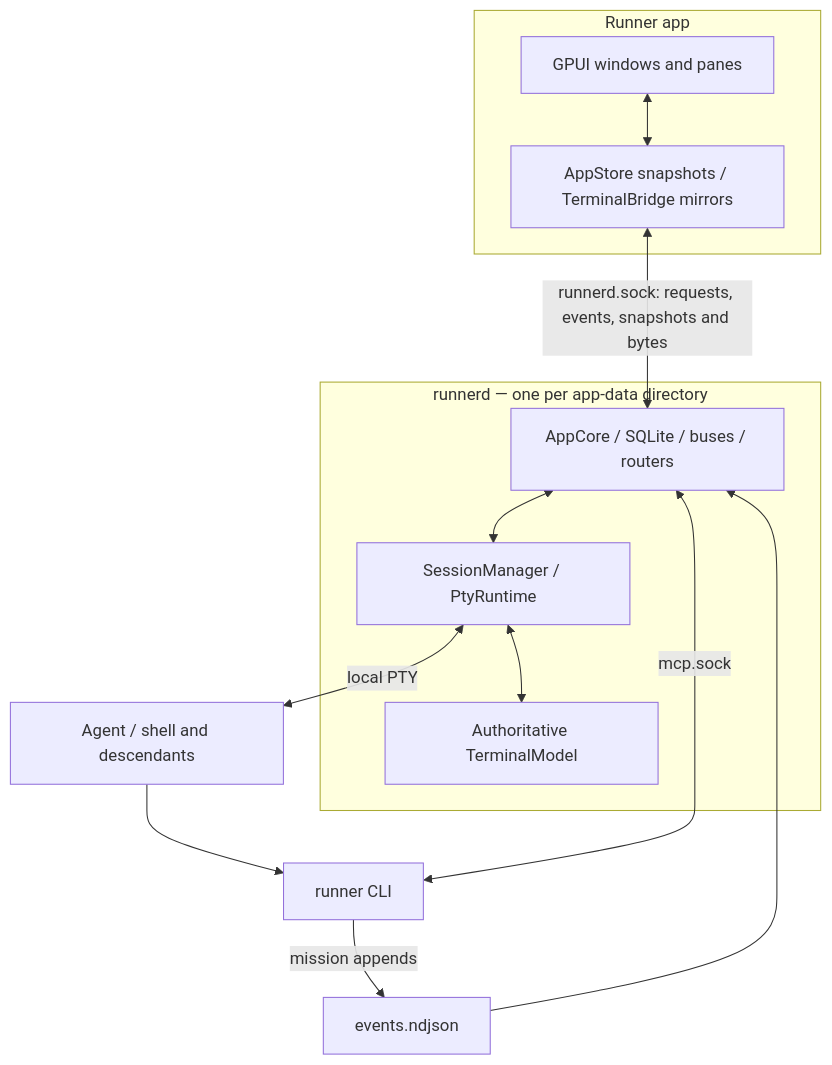
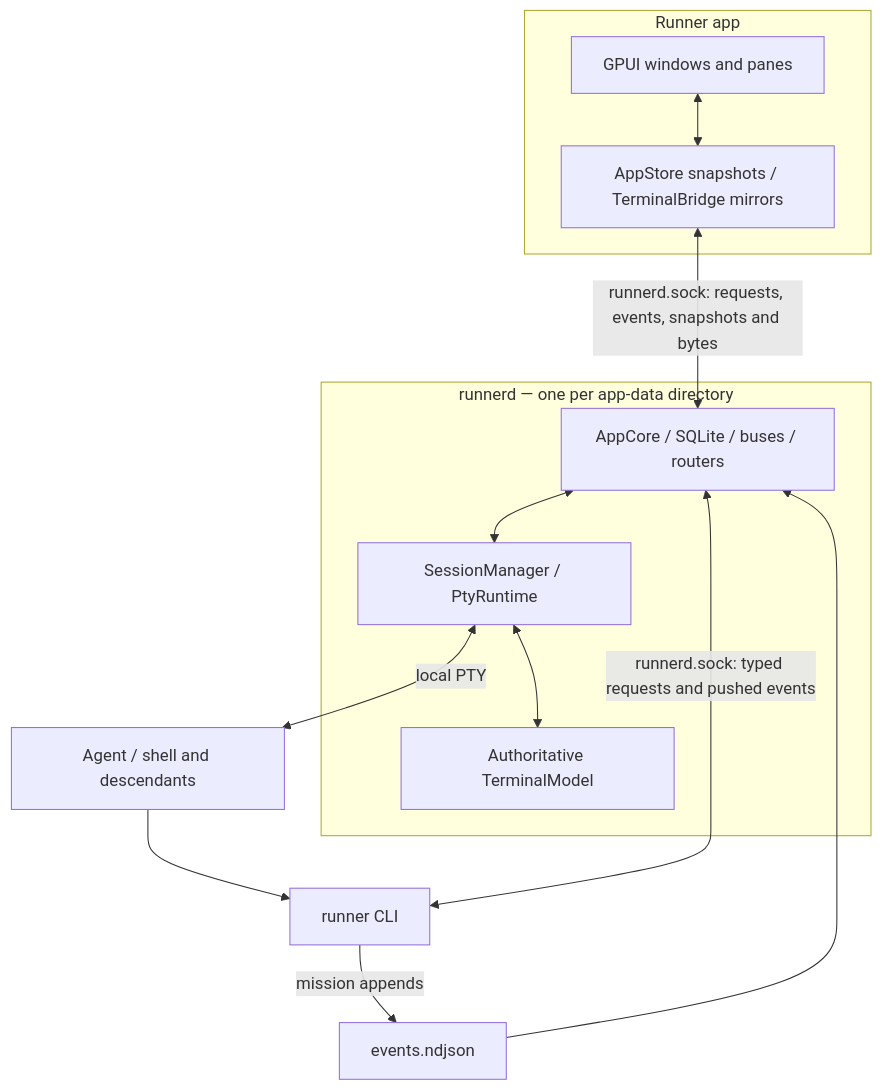
One commit to yicheng47/runner changed the diagram in docs/arch/process-model.md. Above: the diagram before and after it, drawn with Mermaid. The commit also changed 56 other files, not shown here.

Commit message:
refactor(cli): move from MCP to the runnerd client protocol

````diff
--- a/docs/arch/process-model.md
+++ b/docs/arch/process-model.md
@@ -9,21 +9,21 @@
 ```mermaid
 flowchart TB
     subgraph app["Runner app"]
         ui["GPUI windows and panes"]
         store["AppStore snapshots / TerminalBridge mirrors"]
         ui <--> store
     end
     subgraph daemon["runnerd — one per app-data directory"]
         core["AppCore / SQLite / buses / routers"]
         manager["SessionManager / PtyRuntime"]
         terminal["Authoritative TerminalModel"]
         core <--> manager
         manager <--> terminal
     end
     store <-->|"runnerd.sock: requests, events, snapshots and bytes"| core
-    cli["runner CLI"] <-->|"mcp.sock"| core
+    cli["runner CLI"] <-->|"runnerd.sock: typed requests and pushed events"| core
     cli -->|"mission appends"| log["events.ndjson"]
     log --> core
     manager <-->|"local PTY"| child["Agent / shell and descendants"]
     child --> cli
 ```
````
